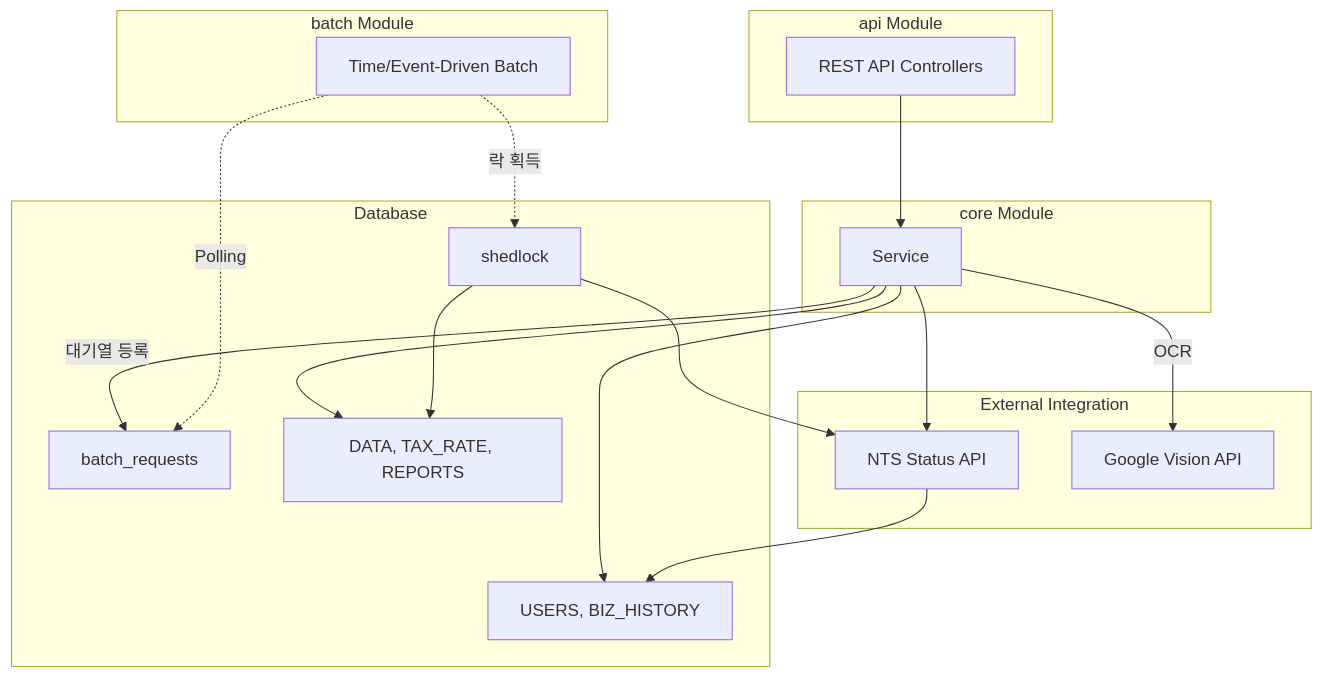
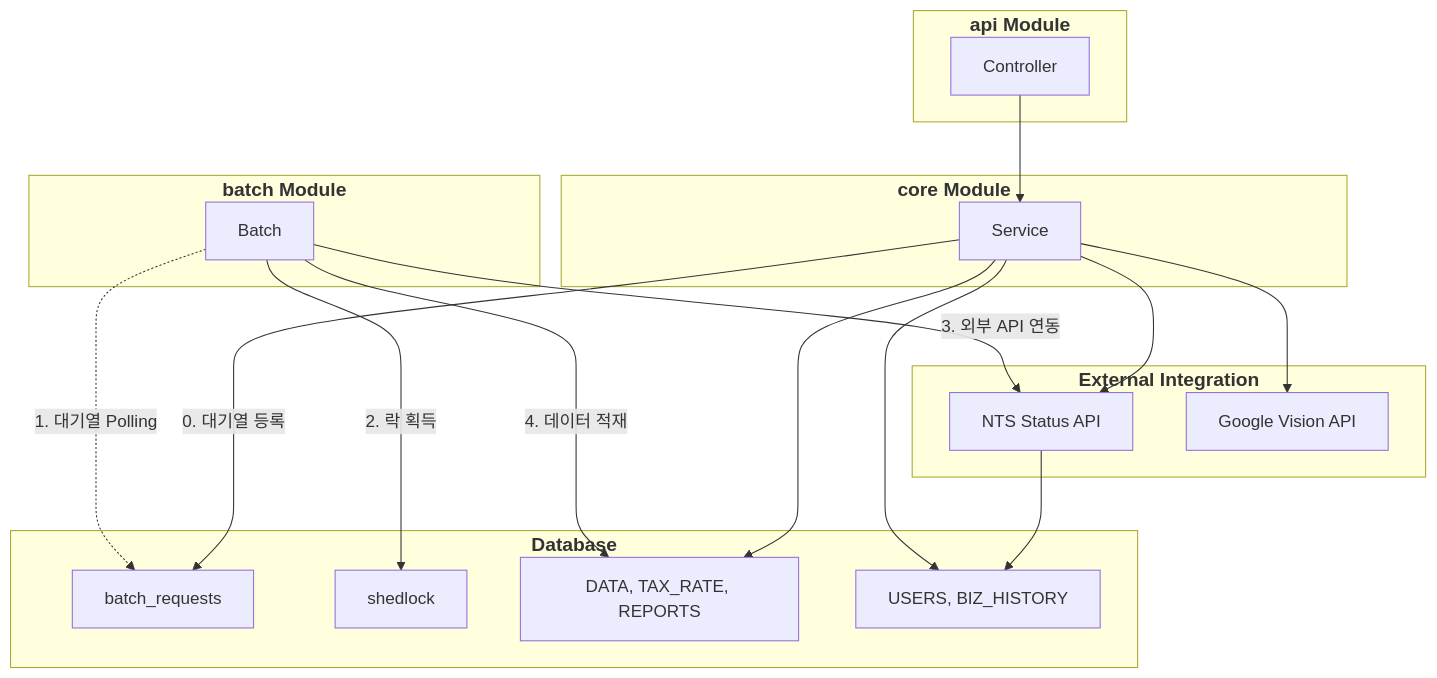
The diagram in README.md (solkim7612/BizReport), drawn with Mermaid before and after one commit. The commit also changed other lines of this file, not shown here.

Commit message:
update readme on June_6.1

````diff
--- a/README.md
+++ b/README.md
@@ -37,48 +37,47 @@
 ```mermaid
 graph TD
-    %% 레이어별 배치
-    subgraph EXT [External Integration]
+    subgraph EXT ["<b style='font-size:18px;'>External Integration</b>"]
         NTS[NTS Status API]
         GVA[Google Vision API]
     end
 
-    subgraph API_L [api Module]
-        API[REST API Controllers]
+    subgraph API_L ["<b style='font-size:18px;'>api Module</b>"]
+        API[Controller]
     end
 
-    subgraph CORE_L [core Module]
+    subgraph CORE_L ["<b style='font-size:18px;'>core Module</b>"]
         CORE[Service]
     end
 
-    subgraph BATCH_L [batch Module]
-        BATCH[Time/Event-Driven Batch]
+    subgraph BATCH_L ["<b style='font-size:18px;'>batch Module</b>"]
+        BATCH[Batch]
     end
 
-    subgraph DB [Database]
+    subgraph DB ["<b style='font-size:18px;'>Database</b>"]
         REQ[batch_requests]
         SHED[shedlock]
         DATA[DATA, TAX_RATE, REPORTS]
         USR[USERS, BIZ_HISTORY]
     end
 
-    %% Api 모듈의 흐름
+    %% API 상세 흐름
     API --> CORE
     
-    %% Core 모듈의 흐름
-    CORE -->|OCR| GVA
+    %% CORE 상세 흐름
+    CORE --> GVA
     CORE --> NTS
-    CORE -->|대기열 등록| REQ
+    NTS --> USR
+    CORE -->|0. 대기열 등록| REQ
     CORE --> DATA
     CORE --> USR
     
-    %% Batch 모듈의 흐름
-    BATCH -.->|Polling| REQ
-    BATCH -.->|락 획득| SHED
-    SHED --> NTS
-    NTS --> USR
-    SHED --> DATA
+    %% Batch 상세 흐름
+    BATCH -.->|1. 대기열 Polling| REQ
+    BATCH -->|2. 락 획득| SHED
+    BATCH -->|3. 외부 API 연동| NTS
+    BATCH -->|4. 데이터 적재| DATA
     
     class NTS,GVA ext;
     class API,CORE,BATCH mod;
     class REQ,SHED,DATA,USR db;
 ```
````
